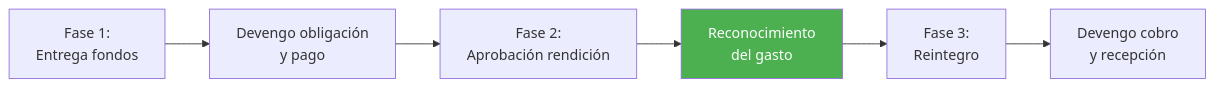
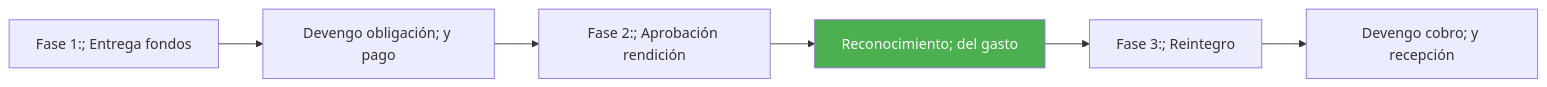
One commit to felix-antonio-sl/kora changed the seventh of 8 diagrams in drafts/gn/bpmn/bpmn-d08-rendiciones.md. Above: the diagram before and after it, drawn with Mermaid. The commit also changed other lines of this file and 265 other files, not shown here.

````diff
--- a/drafts/gn/bpmn/bpmn-d08-rendiciones.md
+++ b/drafts/gn/bpmn/bpmn-d08-rendiciones.md
@@ -265,9 +307,10 @@
 ```mermaid
 flowchart LR
-    A["Fase 1:<br/>Entrega fondos"] --> B["Devengo obligación<br/>y pago"]
-    B --> C["Fase 2:<br/>Aprobación rendición"]
-    C --> D["Reconocimiento<br/>del gasto"]
-    D --> E["Fase 3:<br/>Reintegro"]
-    E --> F["Devengo cobro<br/>y recepción"]
-    style D fill:#4CAF50,color:#fff
+ A["Fase 1:; Entrega fondos"] --> B["Devengo obligación; y pago"]
+ B --> C["Fase 2:; Aprobación rendición"]
+ C --> D["Reconocimiento; del gasto"]
+ D --> E["Fase 3:; Reintegro"]
+ E --> F["Devengo cobro; y recepción"]
+
+ style D fill:#4CAF50,color:#fff
 ```
````
